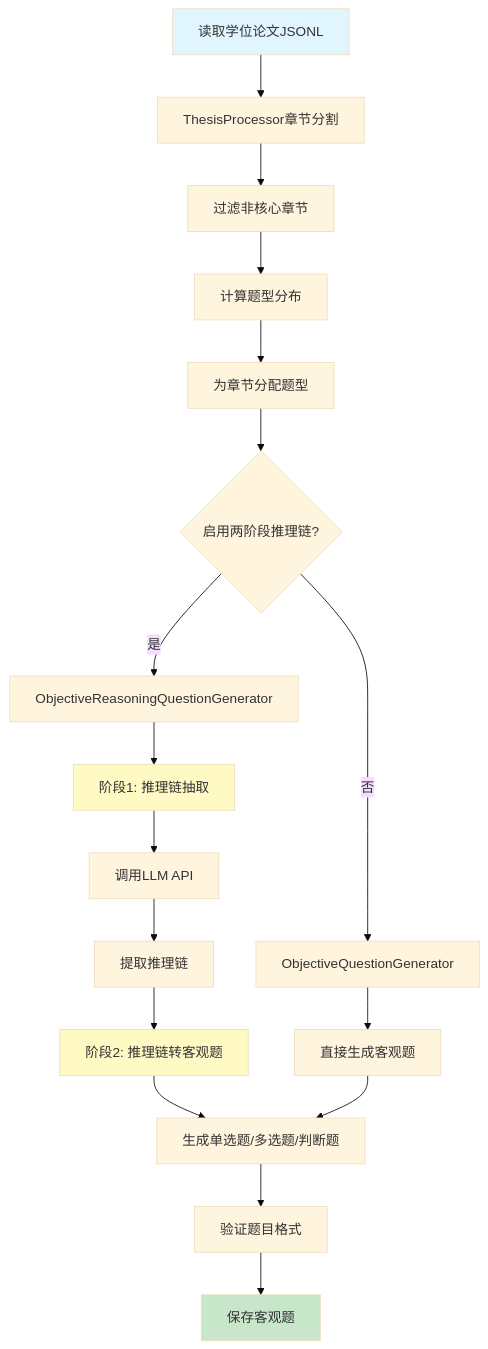
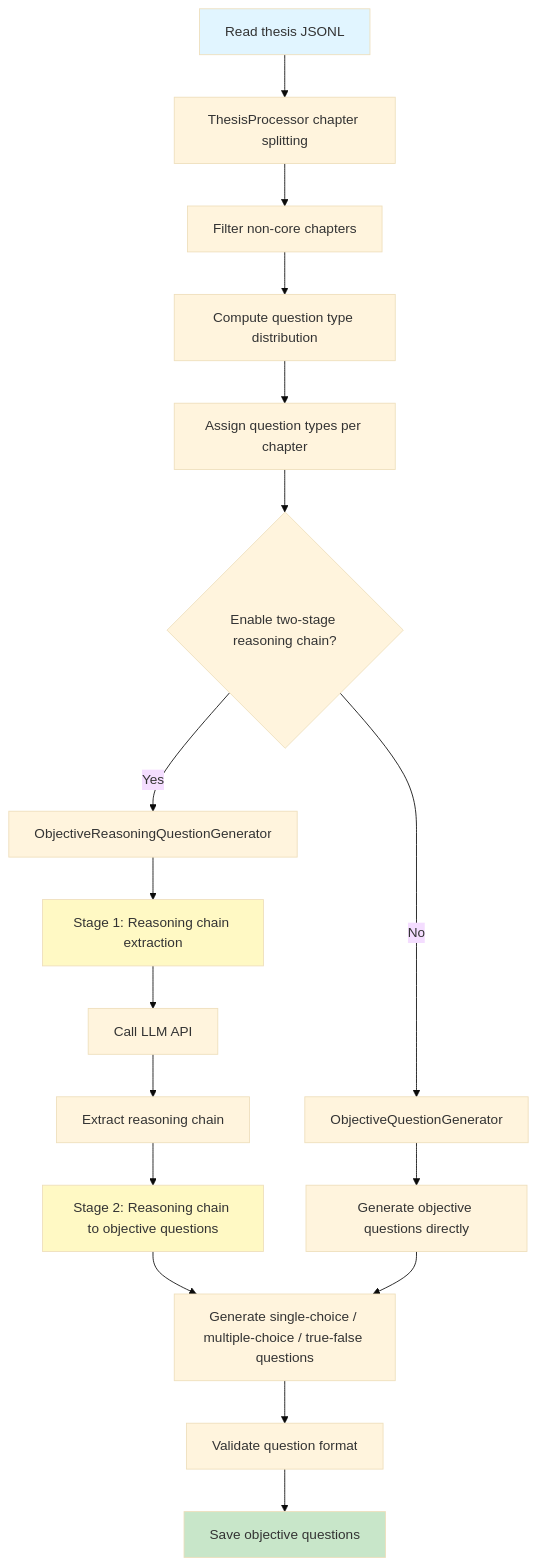
One commit to JackKuo666/QALoop changed the second of 5 diagrams in pipelines/thesis_synthesis/README.md. Above: the diagram before and after it, drawn with Mermaid (base theme). The commit also changed other lines of this file and 25 other files, not shown here.

````diff
--- a/pipelines/thesis_synthesis/README.md
+++ b/pipelines/thesis_synthesis/README.md
@@ -58,28 +58,28 @@
 ```mermaid
 flowchart TD
-    A[读取学位论文JSONL] --> B[ThesisProcessor章节分割]
-    B --> C[过滤非核心章节]
-    C --> D[计算题型分布]
-    D --> E[为章节分配题型]
+    A[Read thesis JSONL] --> B[ThesisProcessor chapter splitting]
+    B --> C[Filter non-core chapters]
+    C --> D[Compute question type distribution]
+    D --> E[Assign question types per chapter]
     
-    E --> F{启用两阶段推理链?}
-    F -->|是| G[ObjectiveReasoningQuestionGenerator]
-    F -->|否| H[ObjectiveQuestionGenerator]
+    E --> F{Enable two-stage reasoning chain?}
+    F -->|Yes| G[ObjectiveReasoningQuestionGenerator]
+    F -->|No| H[ObjectiveQuestionGenerator]
     
-    G --> I[阶段1: 推理链抽取]
-    I --> J[调用LLM API]
-    J --> K[提取推理链]
-    K --> L[阶段2: 推理链转客观题]
-    L --> M[生成单选题/多选题/判断题]
+    G --> I[Stage 1: Reasoning chain extraction]
+    I --> J[Call LLM API]
+    J --> K[Extract reasoning chain]
+    K --> L[Stage 2: Reasoning chain to objective questions]
+    L --> M[Generate single-choice / multiple-choice / true-false questions]
     
-    H --> N[直接生成客观题]
+    H --> N[Generate objective questions directly]
     N --> M
     
-    M --> O[验证题目格式]
-    O --> P[保存客观题]
+    M --> O[Validate question format]
+    O --> P[Save objective questions]
     
     style A fill:#e1f5ff
     style P fill:#c8e6c9
     style I fill:#fff9c4
     style L fill:#fff9c4
 ```
````
